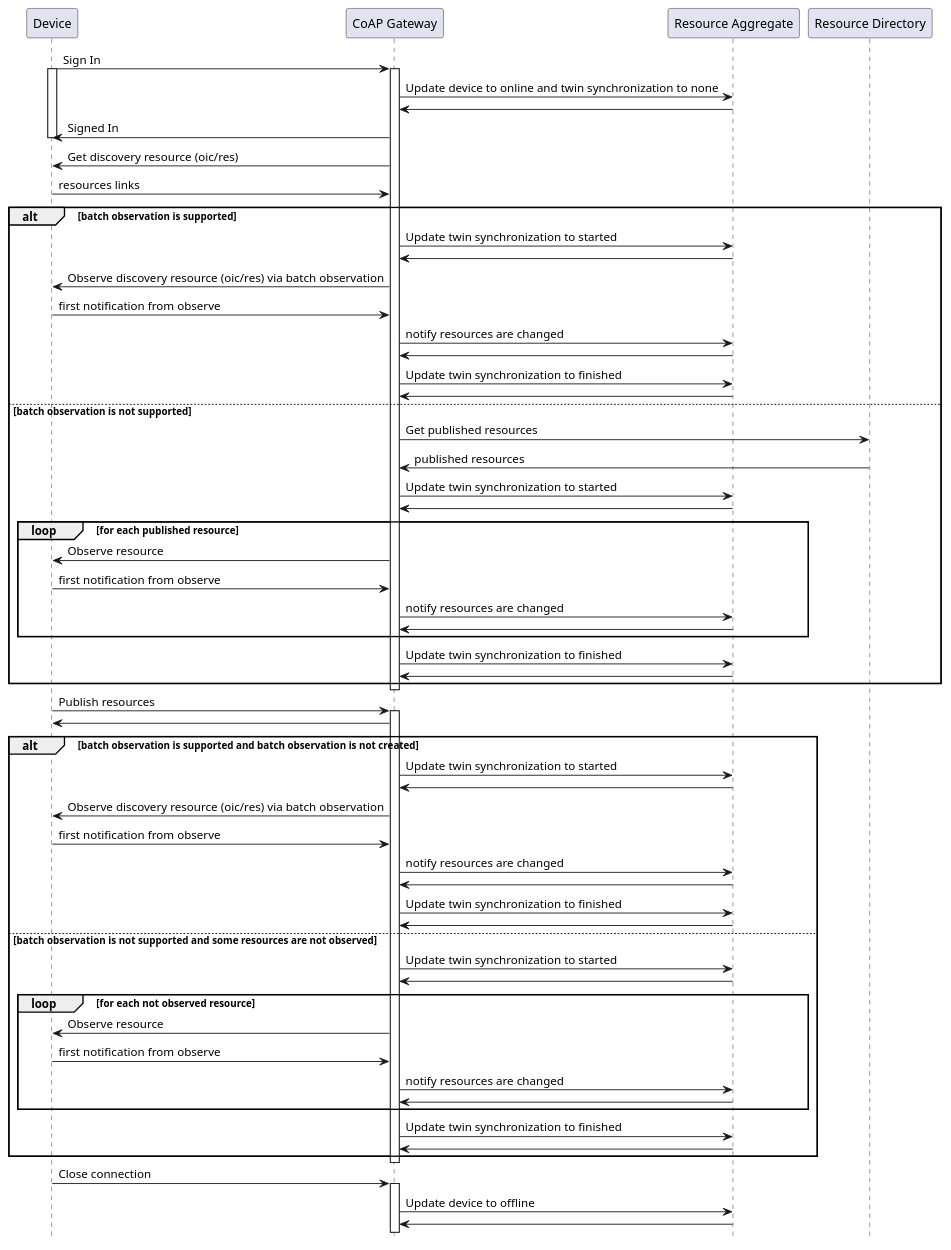
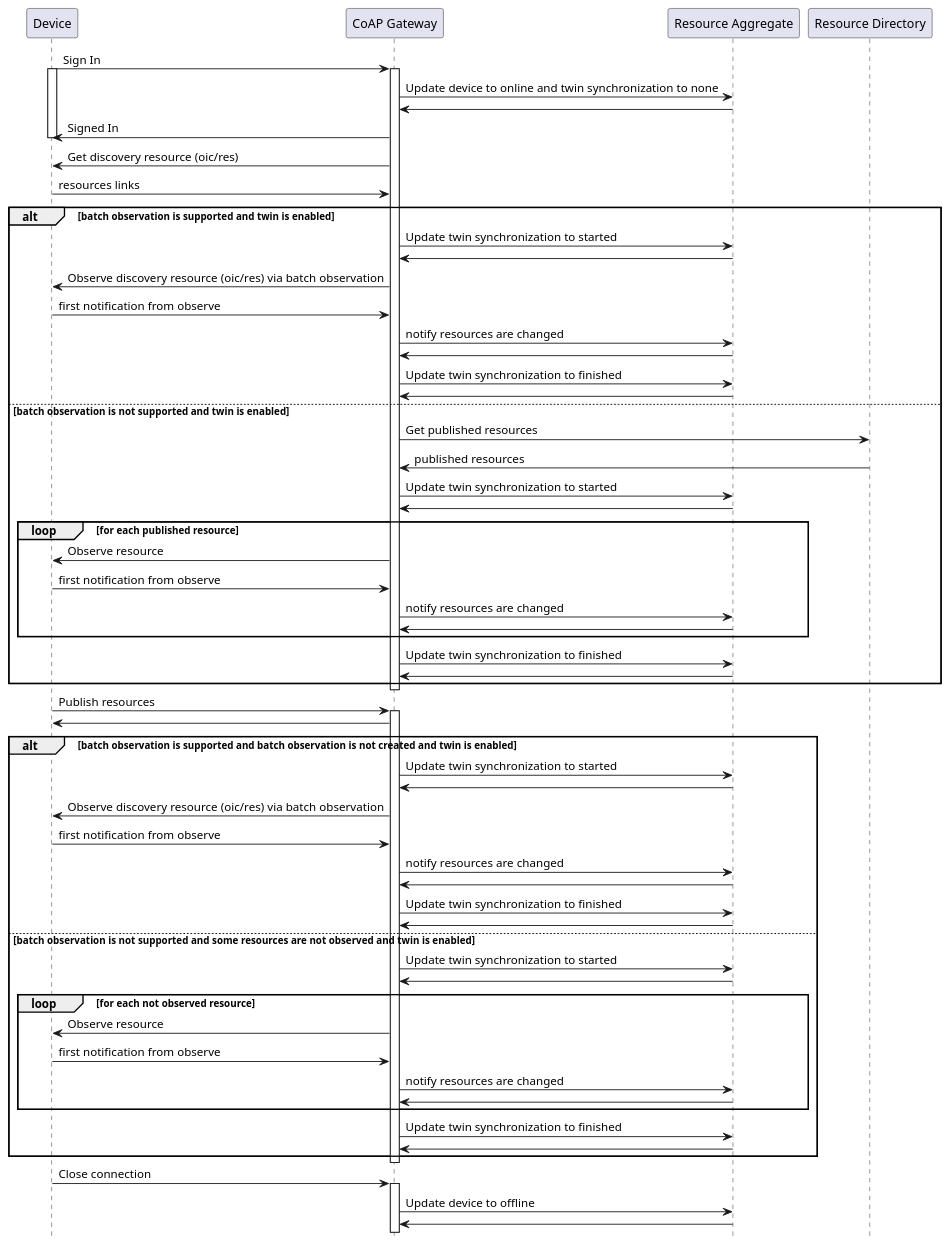
Before and after one commit to plgd-dev/doc: the fifth of 8 diagrams in content/en/docs/architecture/component-overview.md, drawn with PlantUML. The commit also changed other lines of this file and 1 other file, not shown here.

Commit message:
coap-gateway: update for apis.coap.protocols

```diff
--- a/content/en/docs/architecture/component-overview.md
+++ b/content/en/docs/architecture/component-overview.md
@@ -188,75 +188,75 @@
-{{< plantuml id="device-status" >}}
+{{< plantuml id="device-metadata" >}}
 @startuml Sequence
 skinparam backgroundColor transparent
 hide footbox
 
 participant D as "Device"
 participant CGW as "CoAP Gateway"
 participant RA as "Resource Aggregate"
 participant RD as "Resource Directory"
 
 D -> CGW ++: Sign In
 activate D
 CGW -> RA: Update device to online and twin synchronization to none
 RA->CGW:
 CGW -> D: Signed In
 deactivate D
 CGW -> D: Get discovery resource (oic/res)
 D -> CGW: resources links
-alt batch observation is supported
+alt batch observation is supported and twin is enabled
   CGW -> RA: Update twin synchronization to started
   RA->CGW:
   CGW -> D: Observe discovery resource (oic/res) via batch observation
   D -> CGW: first notification from observe
   CGW -> RA: notify resources are changed
   RA->CGW:
   CGW -> RA: Update twin synchronization to finished
   RA->CGW:
-else batch observation is not supported
+else batch observation is not supported and twin is enabled
   CGW -> RD: Get published resources
   RD -> CGW: published resources
   CGW -> RA: Update twin synchronization to started
   RA->CGW:
   loop for each published resource
     CGW -> D: Observe resource
     D -> CGW: first notification from observe
     CGW -> RA: notify resources are changed
     RA->CGW:
   end
   CGW -> RA: Update twin synchronization to finished
   RA->CGW:
 end
 deactivate CGW
 
 D -> CGW ++: Publish resources
 CGW -> D
 deactivate D
-alt batch observation is supported and batch observation is not created
+alt batch observation is supported and batch observation is not created and twin is enabled
   CGW -> RA: Update twin synchronization to started
   RA->CGW:
   CGW -> D: Observe discovery resource (oic/res) via batch observation
   D -> CGW: first notification from observe
   CGW -> RA: notify resources are changed
   RA->CGW:
   CGW -> RA: Update twin synchronization to finished
   RA->CGW:
-else batch observation is not supported and some resources are not observed
+else batch observation is not supported and some resources are not observed and twin is enabled
   CGW -> RA: Update twin synchronization to started
   RA->CGW:
   loop for each not observed resource
     CGW -> D: Observe resource
     D -> CGW: first notification from observe
     CGW -> RA: notify resources are changed
     RA->CGW:
   end
   CGW -> RA: Update twin synchronization to finished
   RA->CGW:
 end
 deactivate CGW
 
 D -> CGW ++: Close connection
 CGW -> RA: Update device to offline
 RA->CGW:
 
 @enduml
 {{< /plantuml >}}
```
